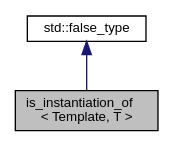
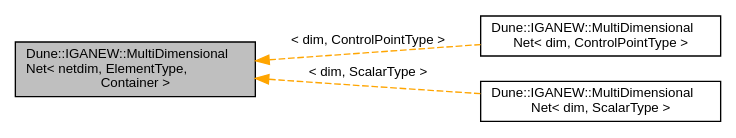
Before and after one commit to rath3t/dune-iga-doc: the diagram in d3/dbf/a01752.dot, drawn with Graphviz. The commit also changed 761 other files, not shown here.

```diff
--- a/d3/dbf/a01752.dot
+++ b/d3/dbf/a01752.dot
@@ -1,9 +1,12 @@
-digraph "is_instantiation_of&lt; Template, T &gt;"
+digraph "Dune::IGANEW::MultiDimensionalNet&lt; netdim, ElementType, Container &gt;"
 {
  // LATEX_PDF_SIZE
   edge [fontname="Helvetica",fontsize="10",labelfontname="Helvetica",labelfontsize="10"];
   node [fontname="Helvetica",fontsize="10",shape=record];
-  Node1 [label="is_instantiation_of\l\< Template, T \>",height=0.2,width=0.4,color="black", fillcolor="grey75", style="filled", fontcolor="black",tooltip=" "];
-  Node2 -> Node1 [dir="back",color="midnightblue",fontsize="10",style="solid",fontname="Helvetica"];
-  Node2 [label="std::false_type",height=0.2,width=0.4,color="black", fillcolor="white", style="filled",tooltip=" "];
+  rankdir="LR";
+  Node1 [label="Dune::IGANEW::MultiDimensional\lNet\< netdim, ElementType,\l Container \>",height=0.2,width=0.4,color="black", fillcolor="grey75", style="filled", fontcolor="black",tooltip="This is a condensed version of the proposal https://www.open-std.org/jtc1/sc22/wg21/docs/papers/2022/..."];
+  Node1 -> Node2 [dir="back",color="orange",fontsize="10",style="dashed",label=" \< dim, ControlPointType \>" ,fontname="Helvetica"];
+  Node2 [label="Dune::IGANEW::MultiDimensional\lNet\< dim, ControlPointType \>",height=0.2,width=0.4,color="black", fillcolor="white", style="filled",URL="$d6/d72/a01753.html",tooltip=" "];
+  Node1 -> Node3 [dir="back",color="orange",fontsize="10",style="dashed",label=" \< dim, ScalarType \>" ,fontname="Helvetica"];
+  Node3 [label="Dune::IGANEW::MultiDimensional\lNet\< dim, ScalarType \>",height=0.2,width=0.4,color="black", fillcolor="white", style="filled",URL="$d6/d72/a01753.html",tooltip=" "];
 }
```
